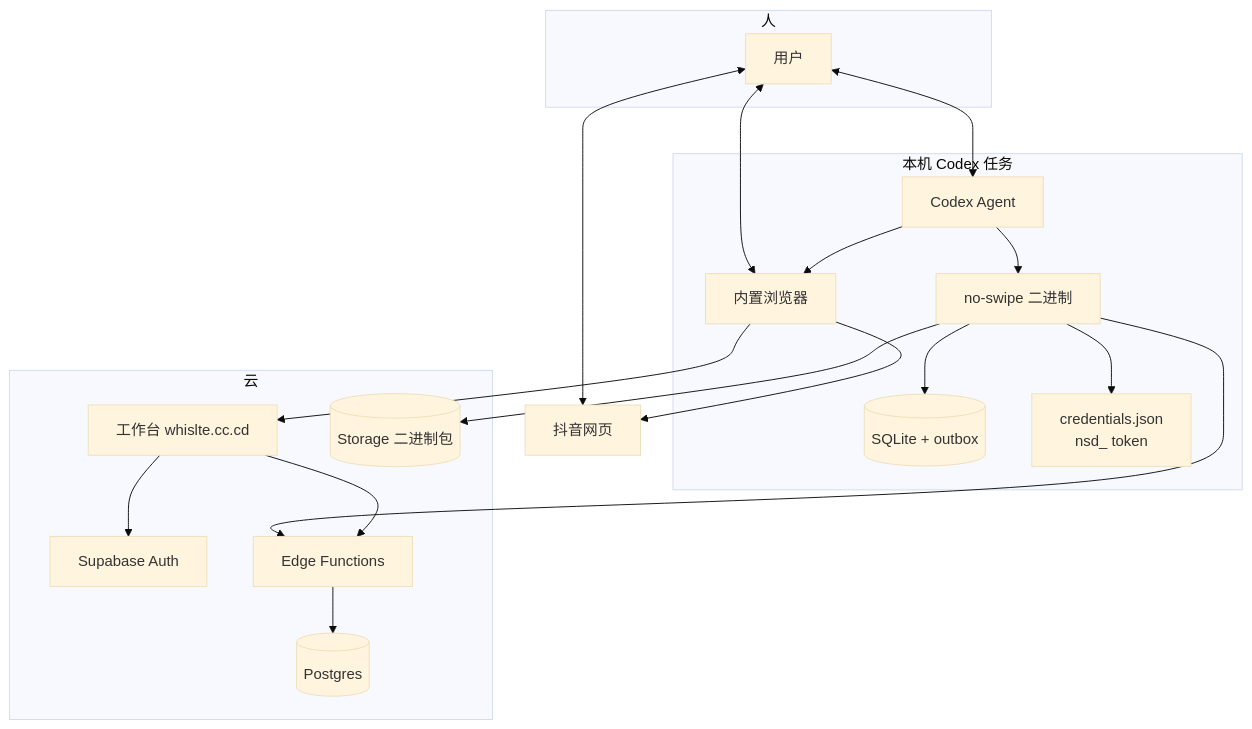
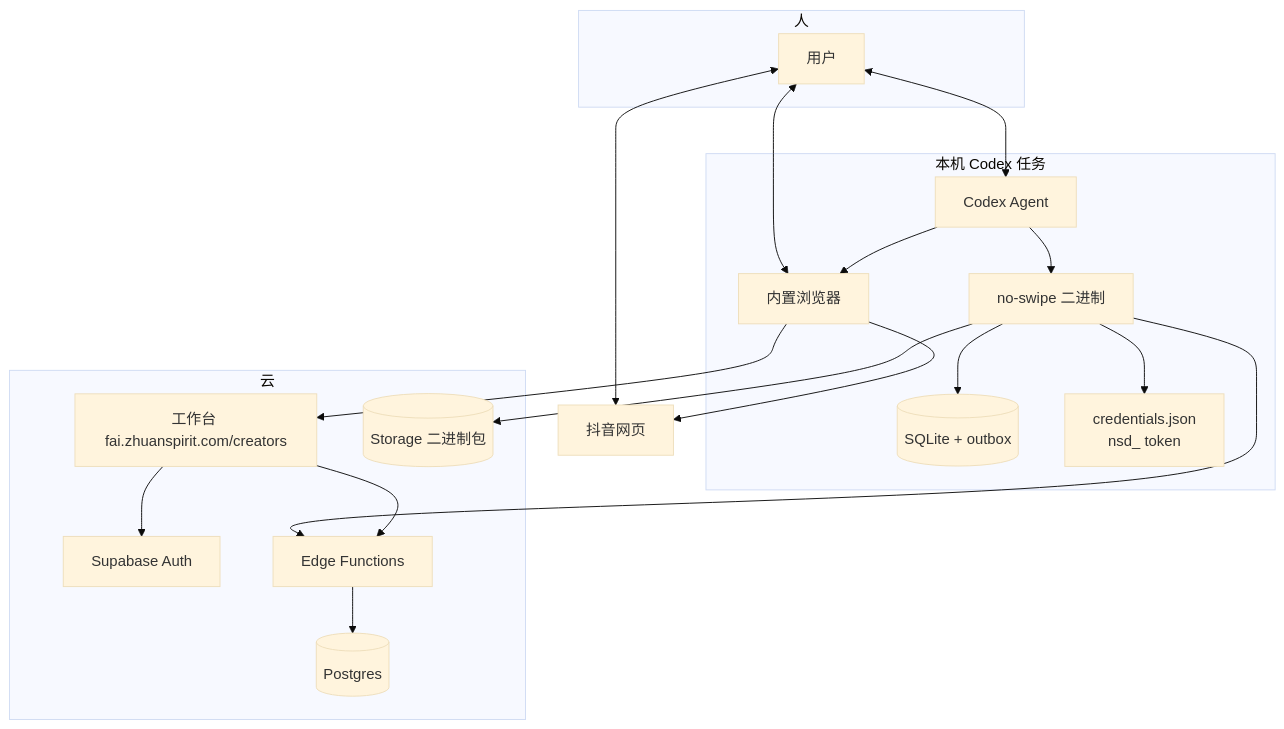
Before and after one commit to OfWind/no_swipe: the first of 18 diagrams in docs/no-swipe-interaction-flows.md, drawn with Mermaid (base theme). The commit also changed other lines of this file and 15 other files, not shown here.

````diff
--- a/docs/no-swipe-interaction-flows.md
+++ b/docs/no-swipe-interaction-flows.md
@@ -27,39 +27,39 @@
 ```mermaid
 flowchart TB
   subgraph Human["人"]
     U[用户]
   end
 
   subgraph Host["本机 Codex 任务"]
     A[Codex Agent]
     B[内置浏览器]
     C["no-swipe 二进制"]
     S[(SQLite + outbox)]
     Cred["credentials.json<br/>nsd_ token"]
   end
 
   subgraph Cloud["云"]
-    W["工作台 whislte.cc.cd"]
+    W["工作台 fai.zhuanspirit.com/creators"]
     Auth[Supabase Auth]
     EF[Edge Functions]
     PG[(Postgres)]
     ST[(Storage 二进制包)]
   end
 
   DY[抖音网页]
 
   U <--> A
   U <--> B
   U <--> DY
   A --> C
   A --> B
   B --> W
   B --> DY
   C --> S
   C --> Cred
   C --> EF
   C --> ST
   W --> Auth
   W --> EF
   EF --> PG
 ```
````
